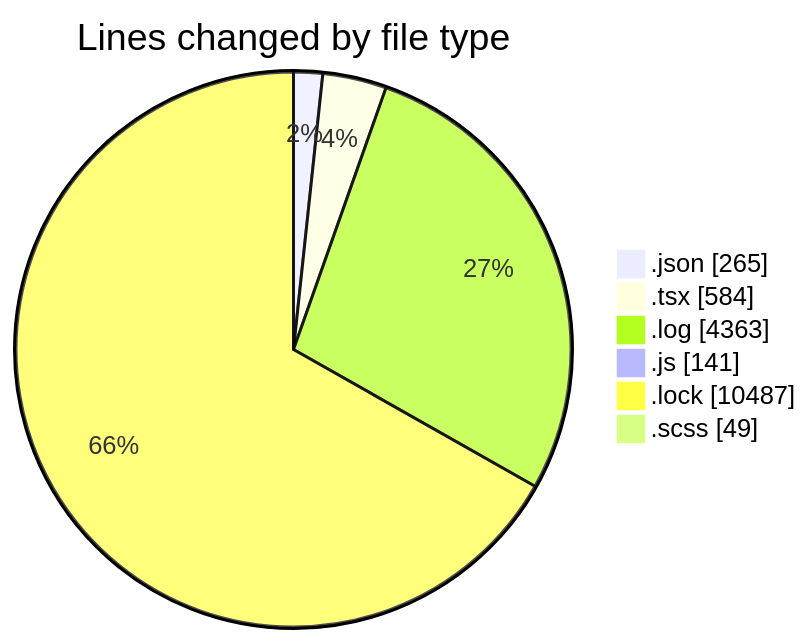
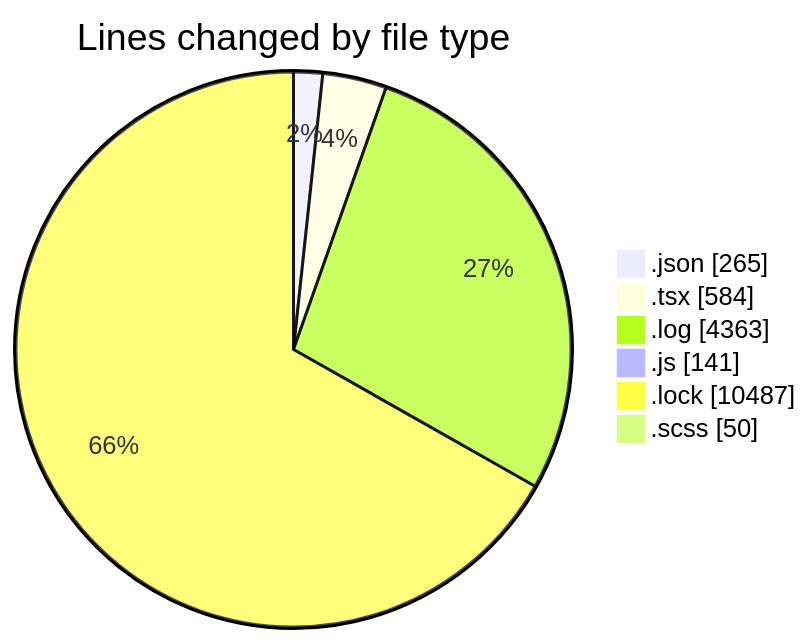
The first of 2 diagrams in 2026-03-24/cda/README.md (momahboobian/code-tracking), drawn with Mermaid before and after one commit. The commit also changed other lines of this file and 1 other file, not shown here.

````diff
--- a/2026-03-24/cda/README.md
+++ b/2026-03-24/cda/README.md
@@ -29,10 +29,10 @@
 ```mermaid
 pie showData
 title Lines changed by file type
 ".json" : 265
 ".tsx" : 584
 ".log" : 4363
 ".js" : 141
 ".lock" : 10487
-".scss" : 49
+".scss" : 50
 ```
````
